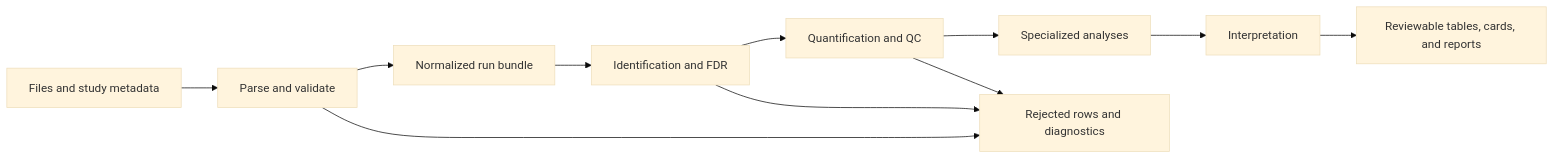
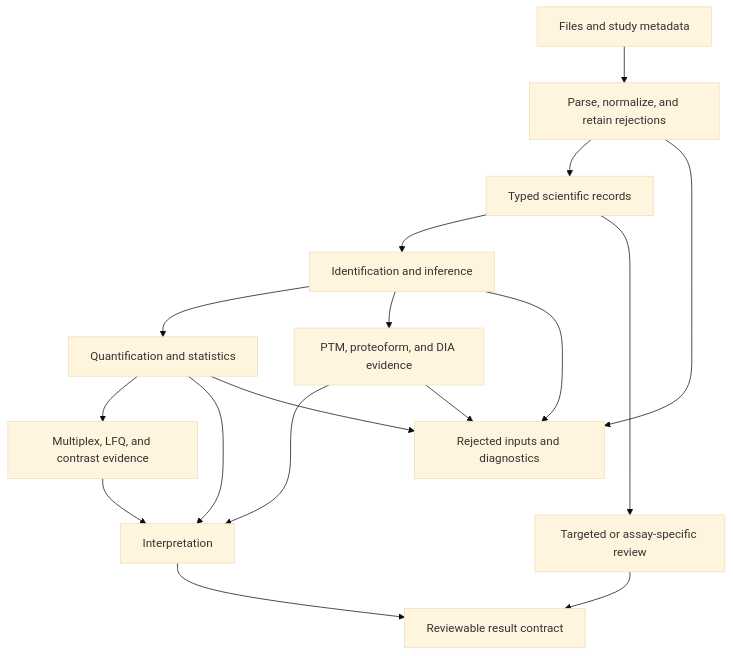
Before and after one commit to bijux/bijux-proteomics: the first of 2 diagrams in docs/04-bijux-proteomics-core/architecture/execution-model.md, drawn with Mermaid (base theme). The commit also changed other lines of this file and 2 other files, not shown here.

Commit message:
docs(core): connect scientific branches to reviewable evidence

````diff
--- a/docs/04-bijux-proteomics-core/architecture/execution-model.md
+++ b/docs/04-bijux-proteomics-core/architecture/execution-model.md
@@ -14,13 +14,19 @@
 ```mermaid
-flowchart LR
-    A[Files and study metadata] --> B[Parse and validate]
-    B --> C[Normalized run bundle]
-    C --> D[Identification and FDR]
-    D --> E[Quantification and QC]
-    E --> F[Specialized analyses]
-    F --> G[Interpretation]
-    G --> H[Reviewable tables, cards, and reports]
-    B --> X[Rejected rows and diagnostics]
+flowchart TD
+    A[Files and study metadata] --> B[Parse, normalize, and retain rejections]
+    B --> C[Typed scientific records]
+    C --> D[Identification and inference]
+    C --> T[Targeted or assay-specific review]
+    D --> Q[Quantification and statistics]
+    D --> P[PTM, proteoform, and DIA evidence]
+    Q --> M[Multiplex, LFQ, and contrast evidence]
+    Q --> I[Interpretation]
+    P --> I
+    M --> I
+    T --> R[Reviewable result contract]
+    I --> R
+    B --> X[Rejected inputs and diagnostics]
     D --> X
-    E --> X
+    Q --> X
+    P --> X
 ```
````
